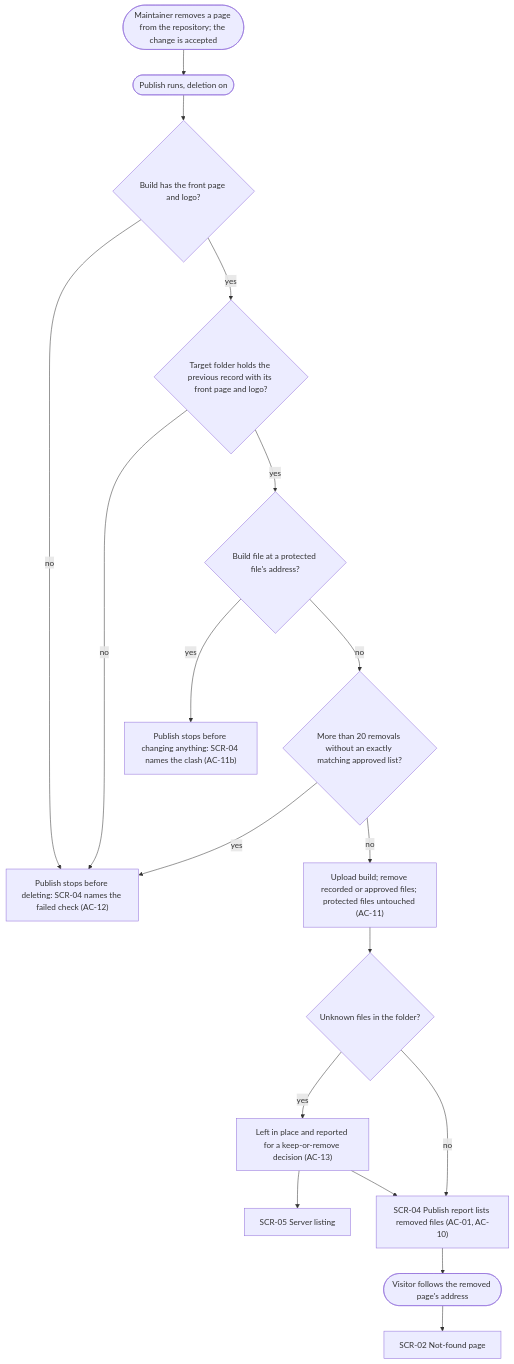
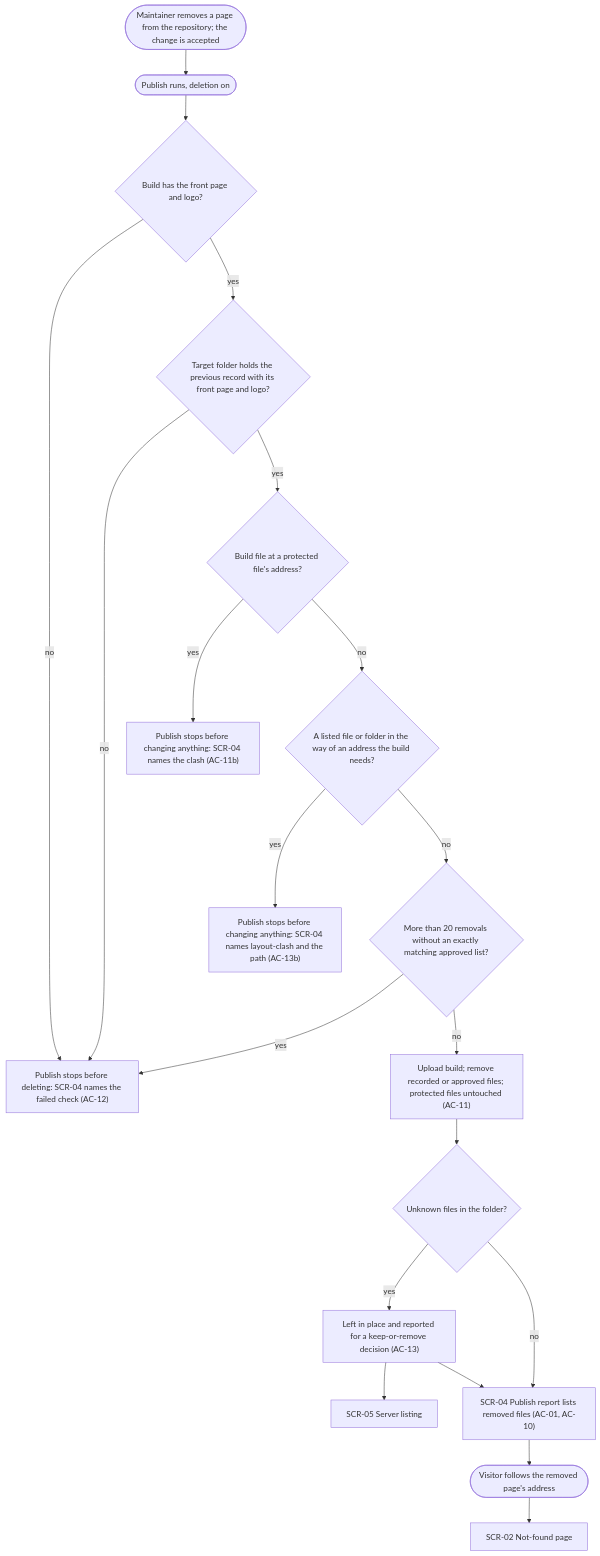
One commit to KTH-UrbanT/odenlabs-website changed the sixth of 7 diagrams in docs/features/clean-starter/ux-flows.md. Above: the diagram before and after it, drawn with Mermaid. The commit also changed other lines of this file and 7 other files, not shown here.

First line of the commit message:
docs(clean-starter): add AC-13b to ux-flows, widen its scope to every listed path

````diff
--- a/docs/features/clean-starter/ux-flows.md
+++ b/docs/features/clean-starter/ux-flows.md
@@ -149,20 +149,22 @@
 ```mermaid
 flowchart TD
     A(["Maintainer removes a page from the repository; the change is accepted"]) --> B(["Publish runs, deletion on"])
     B --> C{"Build has the front page and logo?"}
     C -->|no| S["Publish stops before deleting: SCR-04 names the failed check (AC-12)"]
     C -->|yes| D{"Target folder holds the previous record with its front page and logo?"}
     D -->|no| S
     D -->|yes| E{"Build file at a protected file's address?"}
     E -->|yes| T["Publish stops before changing anything: SCR-04 names the clash (AC-11b)"]
-    E -->|no| F{"More than 20 removals without an exactly matching approved list?"}
+    E -->|no| X{"A listed file or folder in the way of an address the build needs?"}
+    X -->|yes| Y["Publish stops before changing anything: SCR-04 names layout-clash and the path (AC-13b)"]
+    X -->|no| F{"More than 20 removals without an exactly matching approved list?"}
     F -->|yes| S
     F -->|no| G["Upload build; remove recorded or approved files; protected files untouched (AC-11)"]
     G --> H{"Unknown files in the folder?"}
     H -->|yes| K["Left in place and reported for a keep-or-remove decision (AC-13)"]
     K --> L["SCR-05 Server listing"]
     H -->|no| R["SCR-04 Publish report lists removed files (AC-01, AC-10)"]
     K --> R
     R --> V(["Visitor follows the removed page's address"])
     V --> N["SCR-02 Not-found page"]
 ```
````
